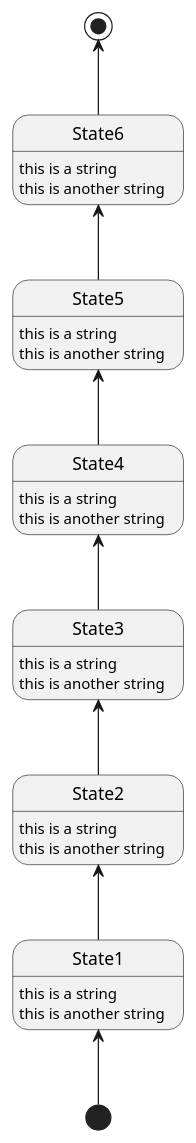
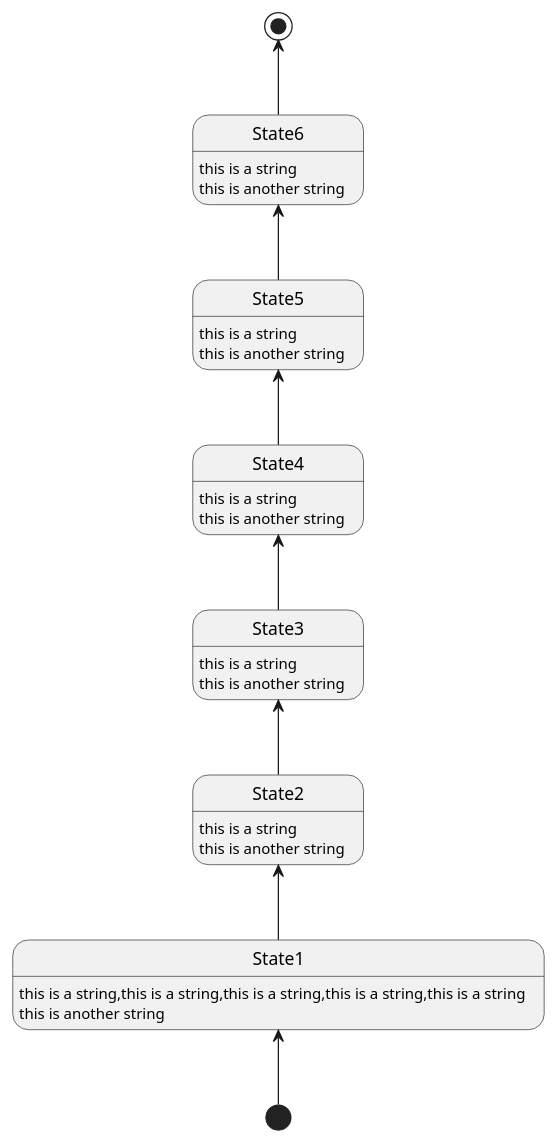
One commit to DC-Melo/README changed the diagram in docs/uml/experience_stage.puml. Above: the diagram before and after it, drawn with PlantUML.

```diff
--- a/docs/uml/experience_stage.puml
+++ b/docs/uml/experience_stage.puml
@@ -1,31 +1,31 @@
 @startuml
 hide empty description
 
 [*] -up-> State1
 State1 -up-> State2
 State2 -up-> State3
 State3 -up-> State4
 State4 -up-> State5
 State5 -up-> State6
 State6 -up-> [*]
 
-State1 : this is a string
+State1 : this is a string,this is a string,this is a string,this is a string,this is a string
 State1 : this is another string
 
 State2 : this is a string
 State2 : this is another string
 
 State3 : this is a string
 State3 : this is another string
 
 State4 : this is a string
 State4 : this is another string
 
 State5 : this is a string
 State5 : this is another string
 
 State6 : this is a string
 State6 : this is another string
 
 
 @enduml
```
